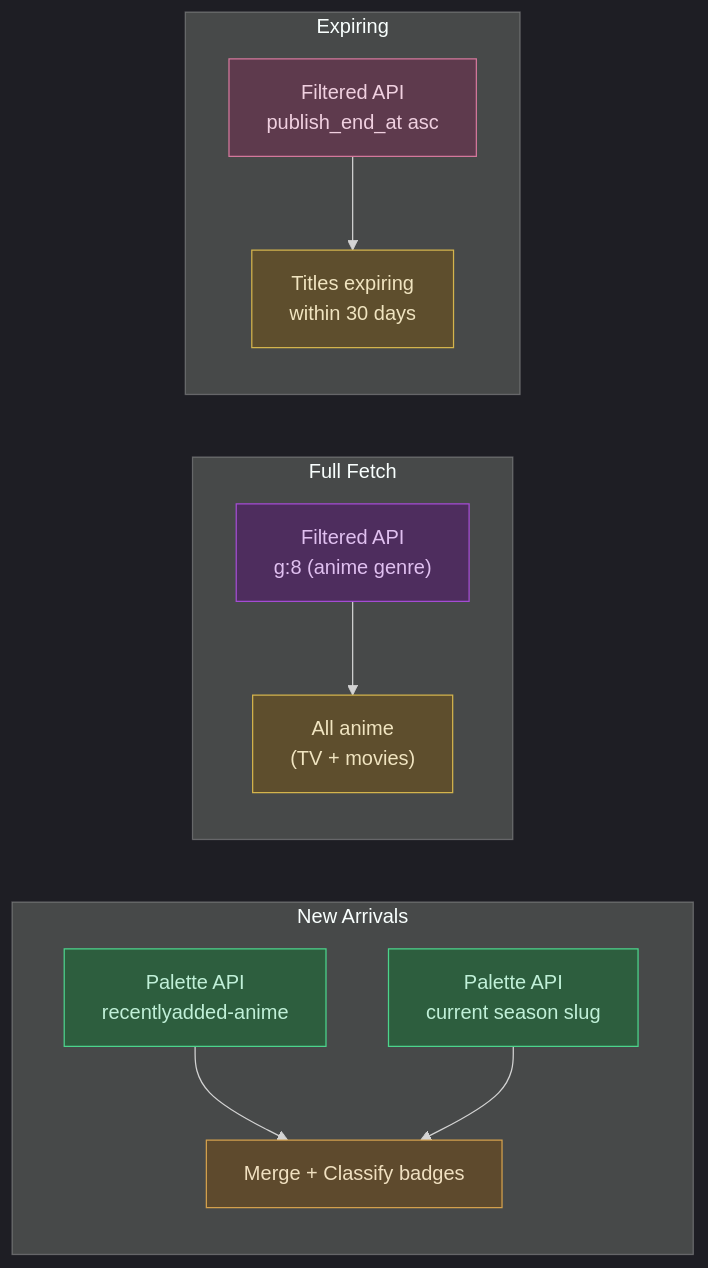
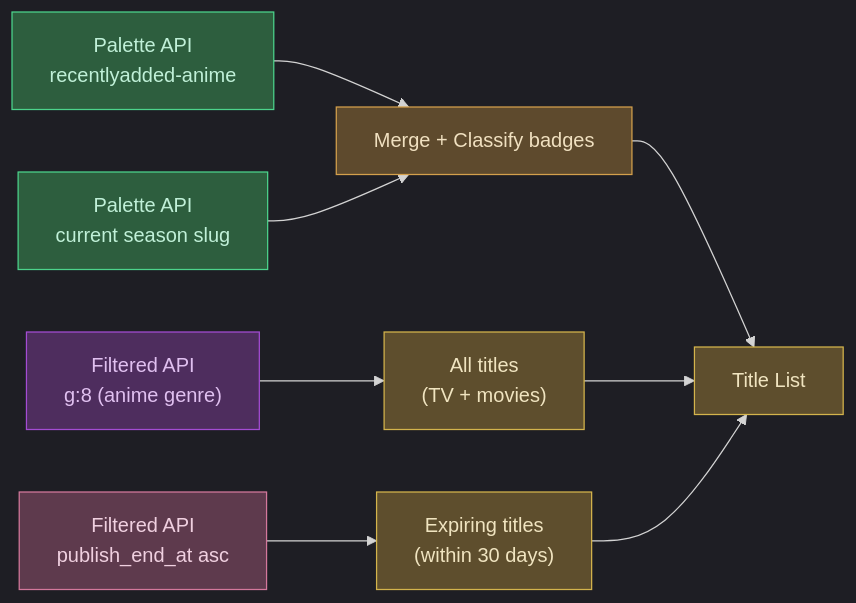
Before and after one commit to tkgstrator/anime-tracker: the fourth of 5 diagrams in README.md, drawn with Mermaid.

Commit message:
fix(readme): flatten Hulu title list Mermaid diagram to horizontal
Remove isolated subgraphs that forced vertical layout; connect all
three fetch paths (new arrivals, full, expiring) to a shared Title
List node so the graph renders left-to-right.

````diff
--- a/README.md
+++ b/README.md
@@ -173,22 +173,21 @@
 ```mermaid
 %%{init: {'theme': 'dark'}}%%
 graph LR
-    subgraph NewArrivals ["New Arrivals"]
-        Palette["Palette API<br/>recentlyadded-anime"] --> Dedup["Merge + Classify badges"]
-        Season["Palette API<br/>current season slug"] --> Dedup
-    end
-    subgraph FullFetch ["Full Fetch"]
-        Filtered["Filtered API<br/>g:8 (anime genre)"] --> All["All anime<br/>(TV + movies)"]
-    end
-    subgraph ExpiringGroup ["Expiring"]
-        ExpNode["Filtered API<br/>publish_end_at asc"] --> Exp["Titles expiring<br/>within 30 days"]
-    end
+    Palette["Palette API<br/>recentlyadded-anime"] --> Dedup["Merge + Classify badges"]
+    Season["Palette API<br/>current season slug"] --> Dedup
+    Filtered["Filtered API<br/>g:8 (anime genre)"] --> All["All titles<br/>(TV + movies)"]
+    ExpNode["Filtered API<br/>publish_end_at asc"] --> Exp["Expiring titles<br/>(within 30 days)"]
+
+    Dedup --> Titles["Title List"]
+    All --> Titles
+    Exp --> Titles
 
     style Palette fill:#2d5e3e,stroke:#4cd48c,color:#c0f0d8
     style Season fill:#2d5e3e,stroke:#4cd48c,color:#c0f0d8
     style Dedup fill:#5e4a2d,stroke:#d4a04c,color:#f0e0c0
     style Filtered fill:#4e2d5e,stroke:#a44cd4,color:#e0c0f0
     style All fill:#5e4e2d,stroke:#d4b44c,color:#f0e4c0
     style ExpNode fill:#5e3a4d,stroke:#d4789c,color:#f0d0e0
     style Exp fill:#5e4e2d,stroke:#d4b44c,color:#f0e4c0
+    style Titles fill:#5e4e2d,stroke:#d4b44c,color:#f0e4c0
 ```
````
